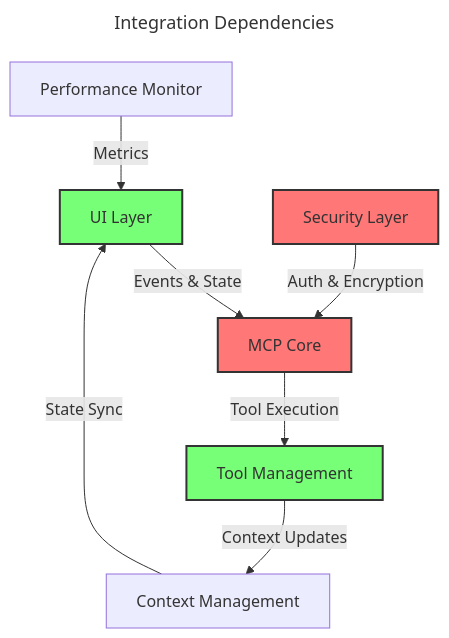
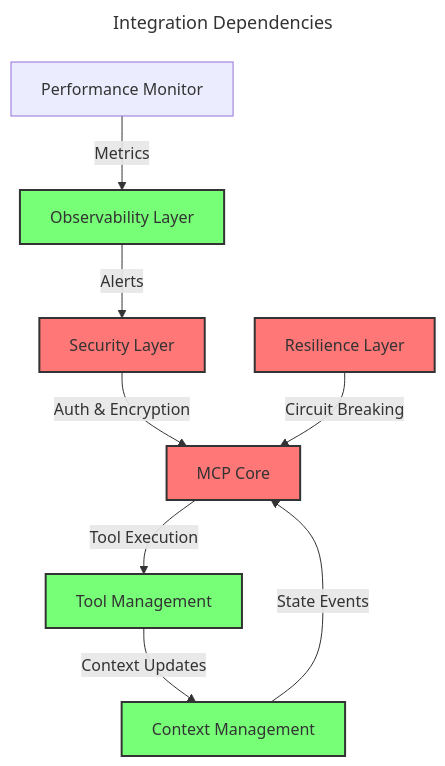
One commit to ecoPrimals/squirrel changed the second of 4 diagrams in specs/integration/README.md. Above: the diagram before and after it, drawn with Mermaid. The commit also changed other lines of this file and 89 other files, not shown here.

````diff
--- a/specs/integration/README.md
+++ b/specs/integration/README.md
@@ -91,17 +96,18 @@
 ```mermaid
 ---
 title: Integration Dependencies
 ---
 flowchart TD
-    UI[UI Layer] --> |Events & State| MCP[MCP Core]
-    MCP --> |Tool Execution| Tools[Tool Management]
+    MCP[MCP Core] --> |Tool Execution| Tools[Tool Management]
     Tools --> |Context Updates| Context[Context Management]
-    Context --> |State Sync| UI
     Security[Security Layer] --> |Auth & Encryption| MCP
-    Performance[Performance Monitor] --> |Metrics| UI
+    Performance[Performance Monitor] --> |Metrics| Observability[Observability Layer]
+    Resilience[Resilience Layer] --> |Circuit Breaking| MCP
+    Observability --> |Alerts| Security
+    Context --> |State Events| MCP
     
     classDef critical fill:#f77,stroke:#333,stroke-width:2px
     classDef important fill:#7f7,stroke:#333,stroke-width:2px
-    class MCP,Security critical
-    class UI,Tools important
+    class MCP,Security,Resilience critical
+    class Tools,Context,Observability important
 ```
````
